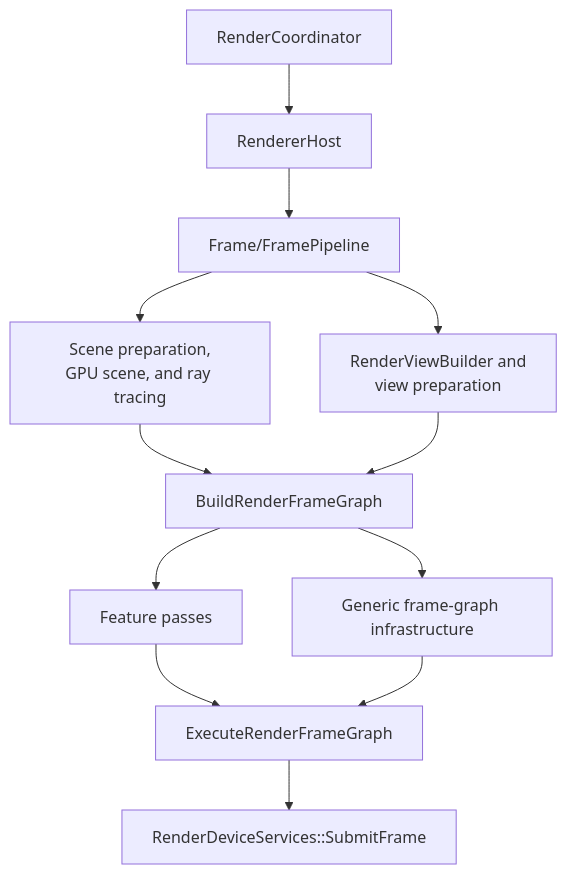
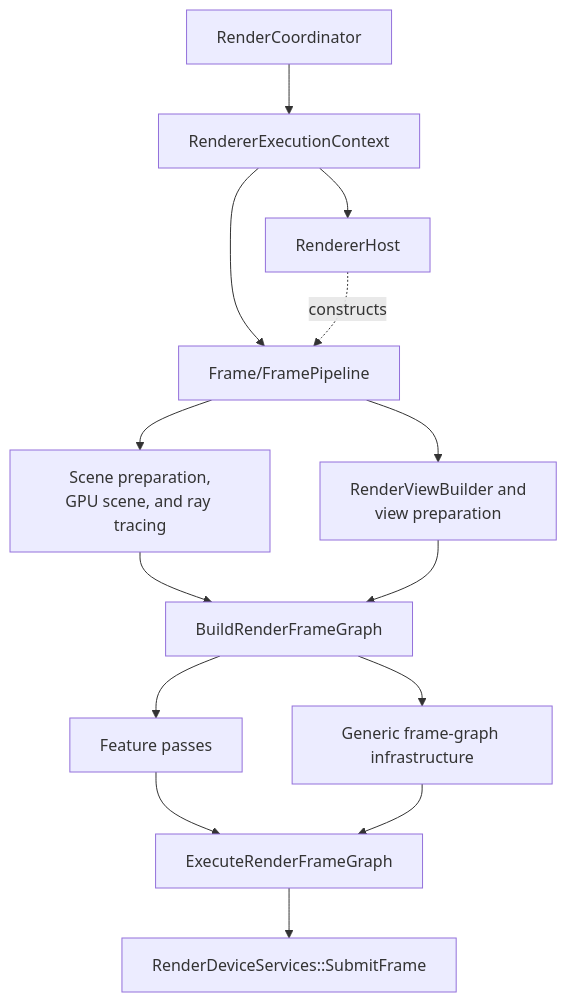
The third of 3 diagrams in Docs/Architecture/WholeRepositoryMap.md (stoleckipawel/SparkleEngine), drawn with Mermaid before and after one commit. The commit also changed other lines of this file and 44 other files, not shown here.

````diff
--- a/Docs/Architecture/WholeRepositoryMap.md
+++ b/Docs/Architecture/WholeRepositoryMap.md
@@ -117,14 +120,16 @@
 ```mermaid
 flowchart TD
-    Coordinator[RenderCoordinator] --> Host[RendererHost]
-    Host --> Pipeline[Frame/FramePipeline]
+    Coordinator[RenderCoordinator] --> Context[RendererExecutionContext]
+    Context --> Host[RendererHost]
+    Context --> Pipeline[Frame/FramePipeline]
+    Host -. constructs .-> Pipeline
     Pipeline --> Scene[Scene preparation,<br/>GPU scene, and ray tracing]
     Pipeline --> View[RenderViewBuilder and<br/>view preparation]
     Scene --> Build[BuildRenderFrameGraph]
     View --> Build
     Build --> Passes[Feature passes]
     Build --> Graph[Generic frame-graph infrastructure]
     Passes --> Execute[ExecuteRenderFrameGraph]
     Graph --> Execute
     Execute --> Submit[RenderDeviceServices::SubmitFrame]
 ```
````
